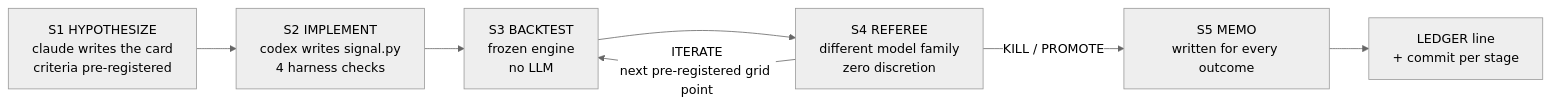
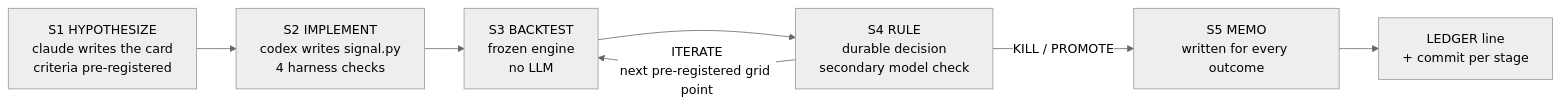
Before and after one commit to ZelinZhu-Richard/auto-quant-research-lab: the diagram in README.md, drawn with Mermaid (neutral theme). The commit also changed other lines of this file and 3 other files, not shown here.

````diff
--- a/README.md
+++ b/README.md
@@ -95,12 +100,12 @@
 ```mermaid
 flowchart LR
     S1["S1 HYPOTHESIZE<br/>claude writes the card<br/>criteria pre-registered"]
     S2["S2 IMPLEMENT<br/>codex writes signal.py<br/>4 harness checks"]
     S3["S3 BACKTEST<br/>frozen engine<br/>no LLM"]
-    S4["S4 REFEREE<br/>different model family<br/>zero discretion"]
+    S4["S4 RULE<br/>durable decision<br/>secondary model check"]
     S5["S5 MEMO<br/>written for every outcome"]
     L["LEDGER line<br/>+ commit per stage"]
     S1 --> S2 --> S3 --> S4
     S4 -->|"ITERATE<br/>next pre-registered grid point"| S3
     S4 -->|"KILL / PROMOTE"| S5 --> L
 ```
````
